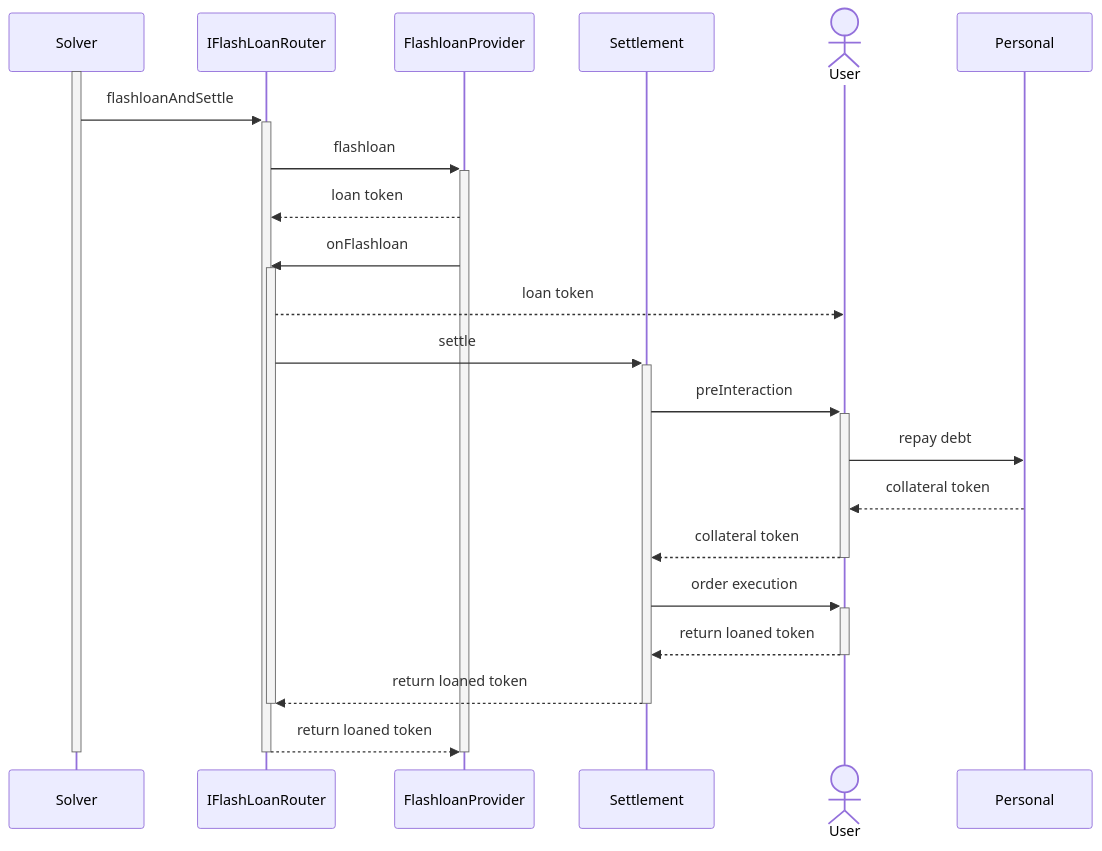
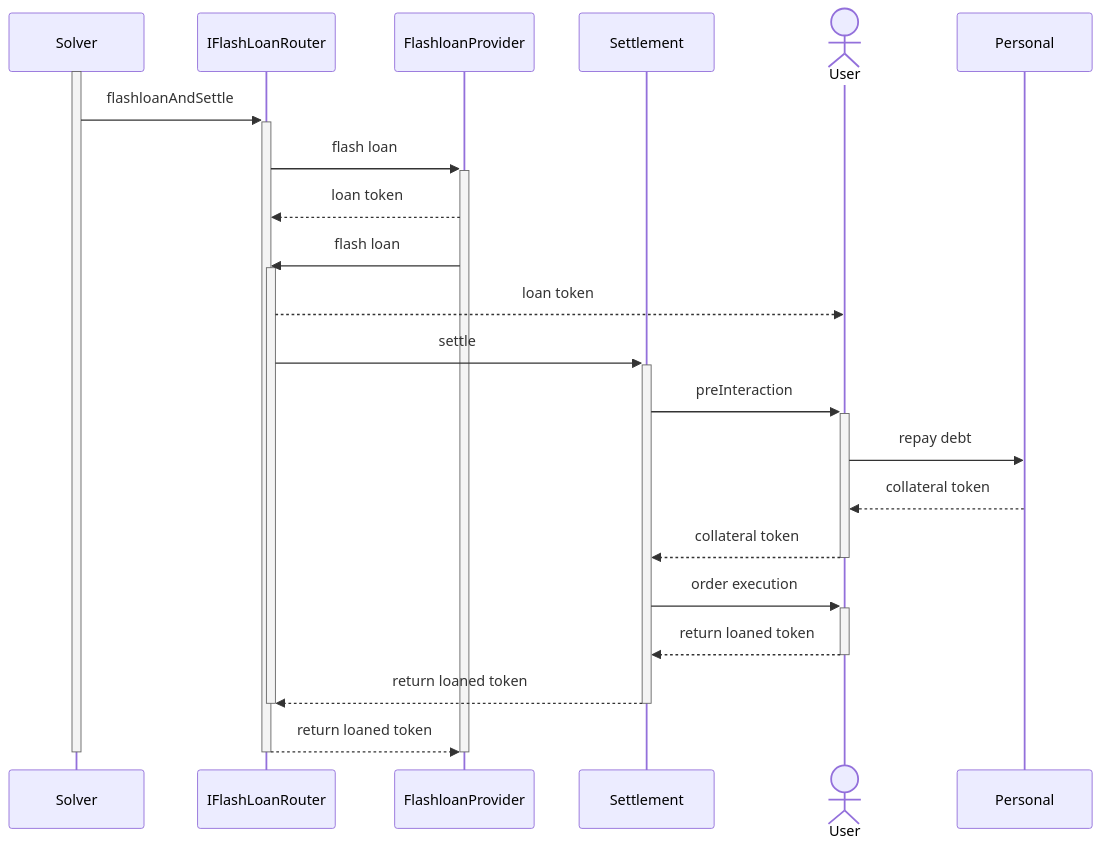
Before and after one commit to cowprotocol/docs: the second of 2 diagrams in docs/cow-protocol/tutorials/arbitrate/solver/solver-engine.md, drawn with Mermaid. The commit also changed other lines of this file and 10 other files, not shown here.

````diff
--- a/docs/cow-protocol/tutorials/arbitrate/solver/solver-engine.md
+++ b/docs/cow-protocol/tutorials/arbitrate/solver/solver-engine.md
@@ -114,24 +114,24 @@
 ```mermaid
 sequenceDiagram
     activate Solver
     Solver->>+IFlashLoanRouter: flashloanAndSettle
-    IFlashLoanRouter->>+FlashloanProvider: flashloan
+    IFlashLoanRouter->>+FlashloanProvider: flash loan
     FlashloanProvider-->>IFlashLoanRouter: loan token
-    FlashloanProvider->>+IFlashLoanRouter: onFlashloan
+    FlashloanProvider->>+IFlashLoanRouter: flash loan
     participant Settlement
     actor User
     IFlashLoanRouter-->>User: loan token
     IFlashLoanRouter->>+Settlement: settle
     Settlement->>+User: preInteraction
     User->>Personal: repay debt
     Personal-->>User: collateral token
     User-->>-Settlement: collateral token
     Settlement->>+User: order execution
     User-->>-Settlement: return loaned token
     Settlement-->>-IFlashLoanRouter: return loaned token
     deactivate IFlashLoanRouter
     IFlashLoanRouter-->>FlashloanProvider: return loaned token
     deactivate FlashloanProvider
     deactivate IFlashLoanRouter
     deactivate Solver
 ```
````
